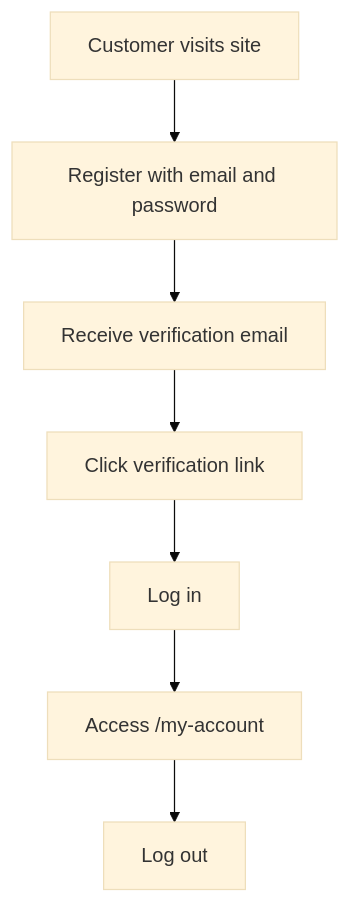
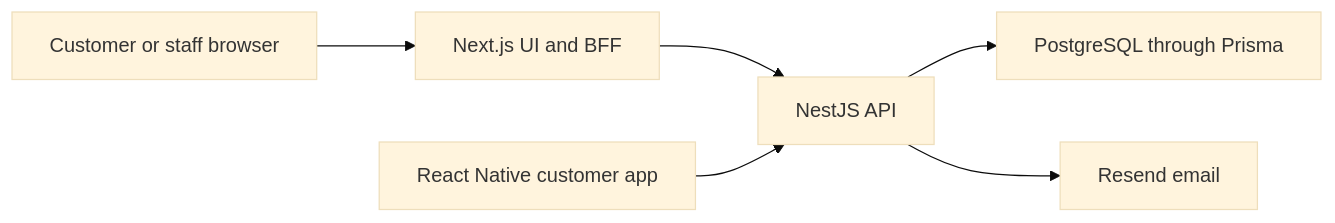
Before and after one commit to Erics-Barbers/erics-barbers-docs: the diagram in Project Overview.md, drawn with Mermaid (base theme). The commit also changed other lines of this file and 5 other files, not shown here.

Commit message:
update docs with mobile app details

````diff
--- a/Project Overview.md
+++ b/Project Overview.md
@@ -201,9 +75,8 @@
 ```mermaid
-flowchart TD
-    Start["Customer visits site"] --> Register["Register with email and password"]
-    Register --> Email["Receive verification email"]
-    Email --> Verify["Click verification link"]
-    Verify --> Login["Log in"]
-    Login --> Account["Access /my-account"]
-    Account --> Logout["Log out"]
+flowchart LR
+    Browser["Customer or staff browser"] --> Web["Next.js UI and BFF"]
+    Web --> API["NestJS API"]
+    Mobile["React Native customer app"] --> API
+    API --> DB["PostgreSQL through Prisma"]
+    API --> Email["Resend email"]
 ```
````
